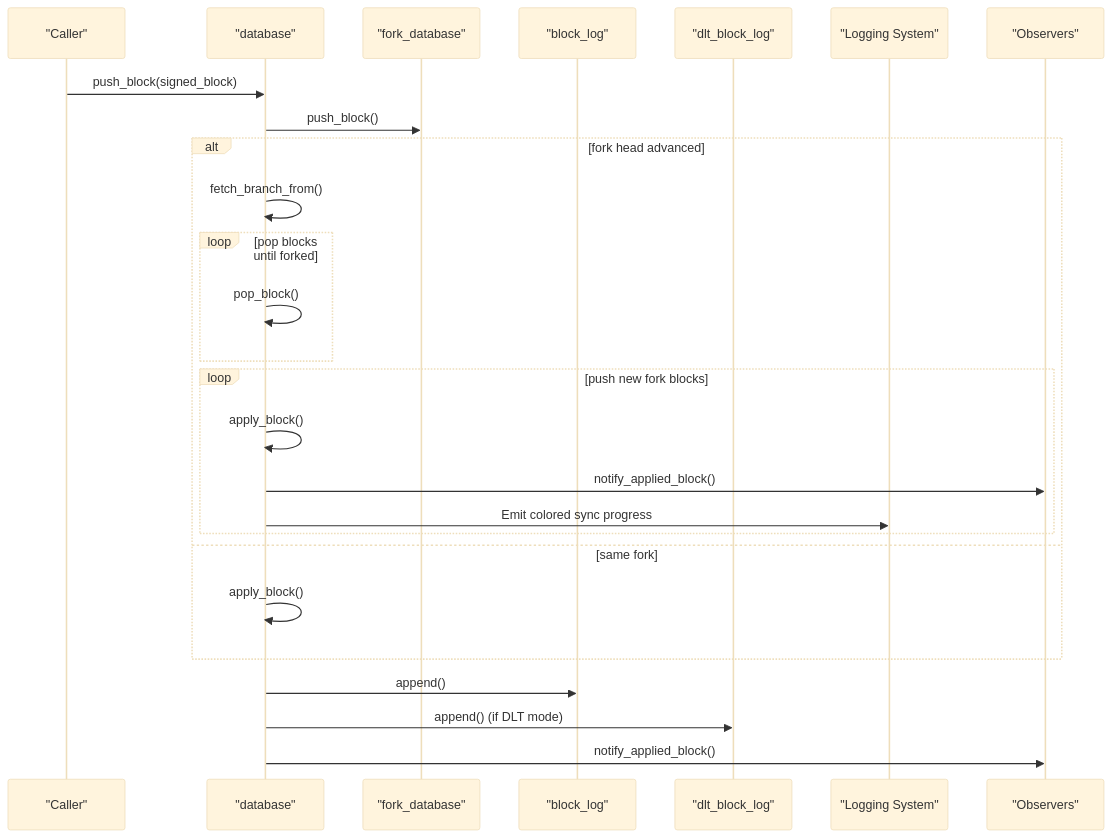
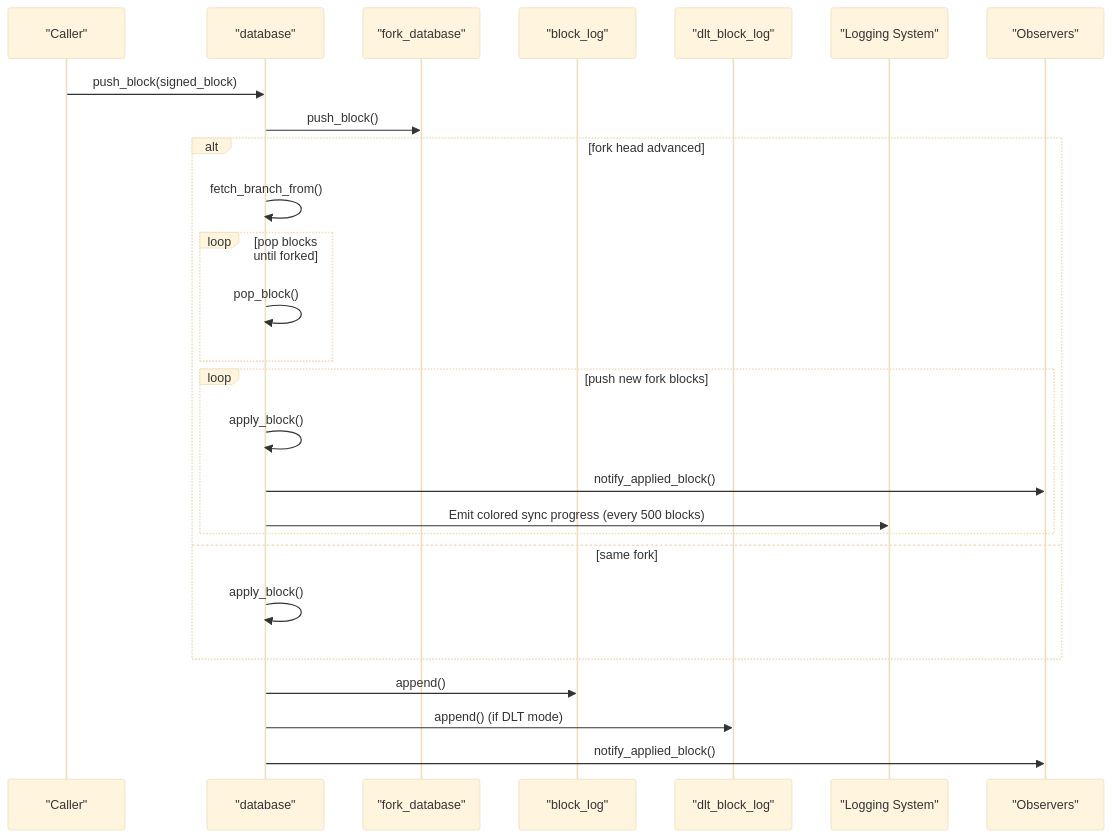
The second of 12 diagrams in .qoder/repowiki/en/content/Architecture Overview/Core Libraries/Chain Library/Chain Library.md (VIZ-Blockchain/viz-cpp-node), drawn with Mermaid (base theme) before and after one commit. The commit also changed other lines of this file and 5 other files, not shown here.

````diff
--- a/.qoder/repowiki/en/content/Architecture Overview/Core Libraries/Chain Library/Chain Library.md
+++ b/.qoder/repowiki/en/content/Architecture Overview/Core Libraries/Chain Library/Chain Library.md
@@ -181,28 +183,28 @@
 ```mermaid
 sequenceDiagram
 participant App as "Caller"
 participant DB as "database"
 participant FDB as "fork_database"
 participant BLK as "block_log"
 participant DLT as "dlt_block_log"
 participant LOG as "Logging System"
 participant OBS as "Observers"
 App->>DB : push_block(signed_block)
 DB->>FDB : push_block()
 alt fork head advanced
 DB->>DB : fetch_branch_from()
 loop pop blocks until forked
 DB->>DB : pop_block()
 end
 loop push new fork blocks
 DB->>DB : apply_block()
 DB->>OBS : notify_applied_block()
-DB->>LOG : Emit colored sync progress
+DB->>LOG : Emit colored sync progress (every 500 blocks)
 end
 else same fork
 DB->>DB : apply_block()
 end
 DB->>BLK : append()
 DB->>DLT : append() (if DLT mode)
 DB->>OBS : notify_applied_block()
 ```
````
